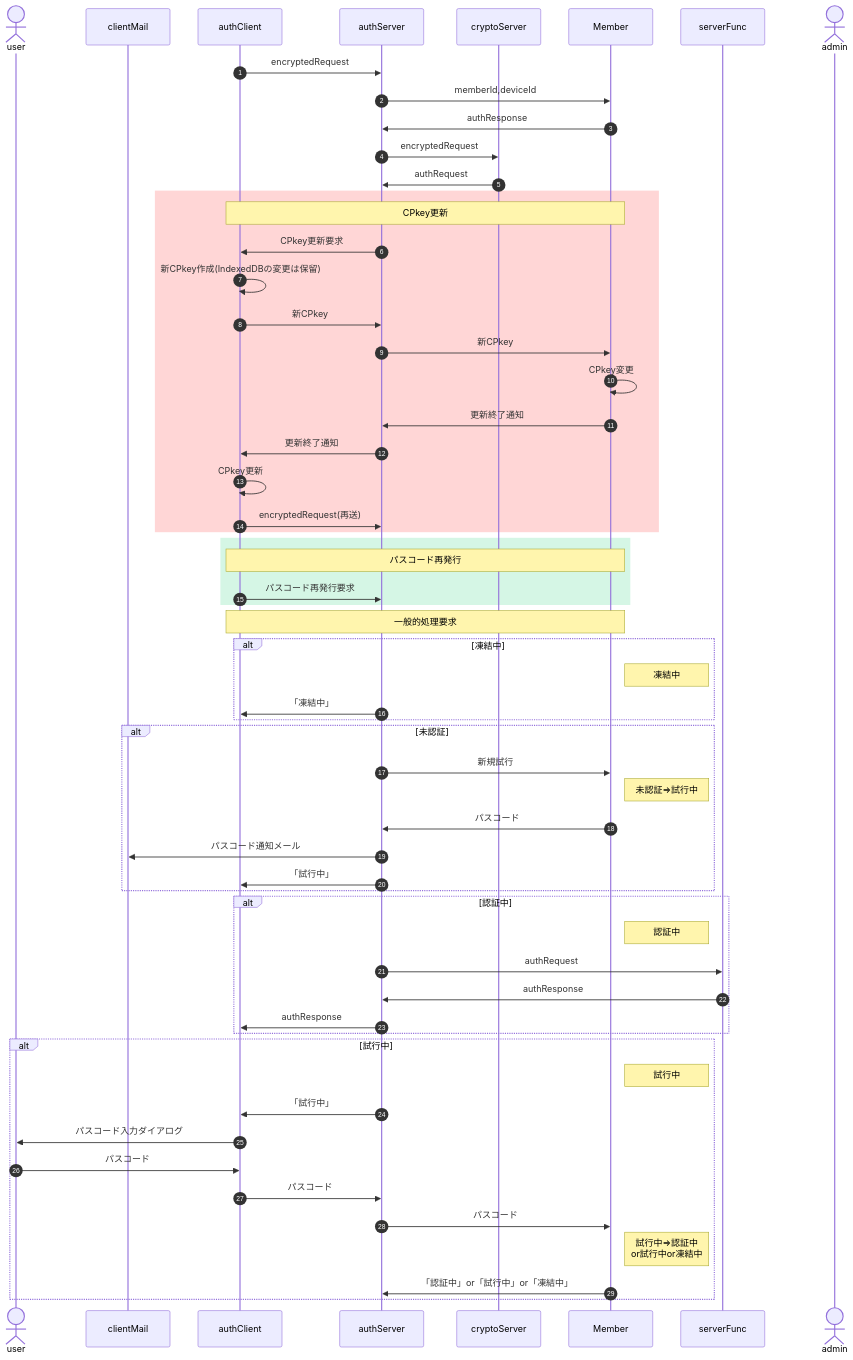
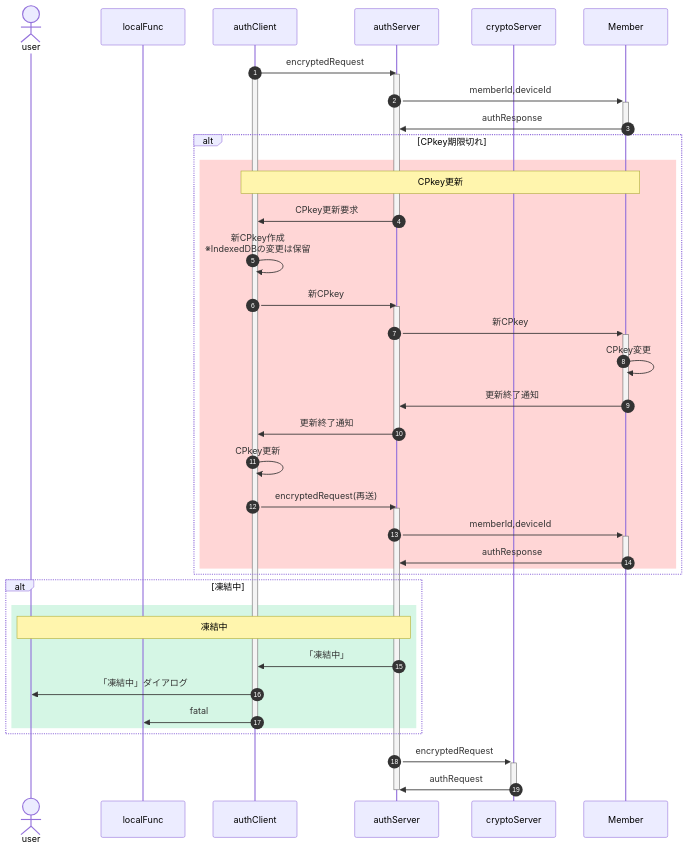
Before and after one commit to nakaone/library: the fifth of 8 diagrams in underDev/Auth/src/doc/specification.md, drawn with Mermaid. The commit also changed other lines of this file, not shown here.

````diff
--- a/underDev/Auth/src/doc/specification.md
+++ b/underDev/Auth/src/doc/specification.md
@@ -365,76 +404,59 @@
 ```mermaid
 sequenceDiagram
   autonumber
   actor user
-  %%participant localFunc
-  participant clientMail
+  participant localFunc
+  %%participant clientMail
   %%participant IndexedDB
   %%participant cryptoClient
   participant authClient
   participant authServer
   participant cryptoServer
   participant Member
-  participant serverFunc
-  actor admin
+  %%participant serverFunc
+  %%actor admin
 
   authClient->>authServer: encryptedRequest
-  authServer->>Member: memberId,deviceId
-  Member->>authServer: authResponse
+  activate authClient
+  activate authServer
+  authServer->>+Member: memberId,deviceId
+  Member->>-authServer: authResponse
+
+  alt CPkey期限切れ
+    rect rgb(255,214,214)
+      Note over authClient,Member: CPkey更新
+      authServer->>authClient: CPkey更新要求
+      deactivate authServer
+      authClient->>authClient: 新CPkey作成<br>※IndexedDBの変更は保留
+      authClient->>authServer: 新CPkey
+      activate authServer
+      authServer->>+Member: 新CPkey
+      Member->>Member: CPkey変更
+      Member->>-authServer: 更新終了通知
+      authServer->>authClient: 更新終了通知
+      deactivate authServer
+      authClient->>authClient: CPkey更新
+      authClient->>authServer: encryptedRequest(再送)
+      activate authServer
+      authServer->>+Member: memberId,deviceId
+      Member->>-authServer: authResponse
+    end
+  end
+
+  alt 凍結中
+    rect rgba(213, 246, 229, 1)
+      Note over user,authServer: 凍結中
+      authServer->>authClient: 「凍結中」
+      authClient->>user: 「凍結中」ダイアログ
+      authClient->>localFunc: fatal
+      deactivate authClient
+    end
+  end
 
   %% 処理要求の復号
 
-  authServer->>cryptoServer: encryptedRequest
-  cryptoServer->>authServer: authRequest
+  authServer->>+cryptoServer: encryptedRequest
+  cryptoServer->>-authServer: authRequest
+  deactivate authServer
 
-  rect rgb(255,214,214)
-    Note over authClient,Member: CPkey更新
-    authServer->>authClient: CPkey更新要求
-    authClient->>authClient: 新CPkey作成(IndexedDBの変更は保留)
-    authClient->>authServer: 新CPkey
-    authServer->>Member: 新CPkey
-    Member->>Member: CPkey変更
-    Member->>authServer: 更新終了通知
-    authServer->>authClient: 更新終了通知
-    authClient->>authClient: CPkey更新
-    authClient->>authServer: encryptedRequest(再送)
-  end
-
-  rect rgba(213, 246, 229, 1)
-    Note over authClient,Member: パスコード再発行
-    authClient->>authServer: パスコード再発行要求
-    %% いまここ
-  end
-
-  Note over authClient,Member: 一般的処理要求
-
-  alt 凍結中
-    Note right of Member: 凍結中
-    authServer->>authClient: 「凍結中」
-  end
-
-  alt 未認証
-    authServer->>Member: 新規試行
-    Note right of Member: 未認証⇒試行中
-    Member->>authServer: パスコード
-    authServer->>clientMail: パスコード通知メール
-    authServer->>authClient: 「試行中」
-  end
-
-  alt 認証中
-    Note right of Member: 認証中
-    authServer->>serverFunc: authRequest
-    serverFunc->>authServer: authResponse
-    authServer->>authClient: authResponse
-  end
-
-  alt 試行中
-    Note right of Member: 試行中
-    authServer->>authClient: 「試行中」
-    authClient->>user: パスコード入力ダイアログ
-    user->>authClient: パスコード
-    authClient->>authServer: パスコード
-    authServer->>Member: パスコード
-    Note right of Member: 試行中⇒認証中<br>or試行中or凍結中
-    Member->>authServer: 「認証中」or「試行中」or「凍結中」
-  end
 ```
````
